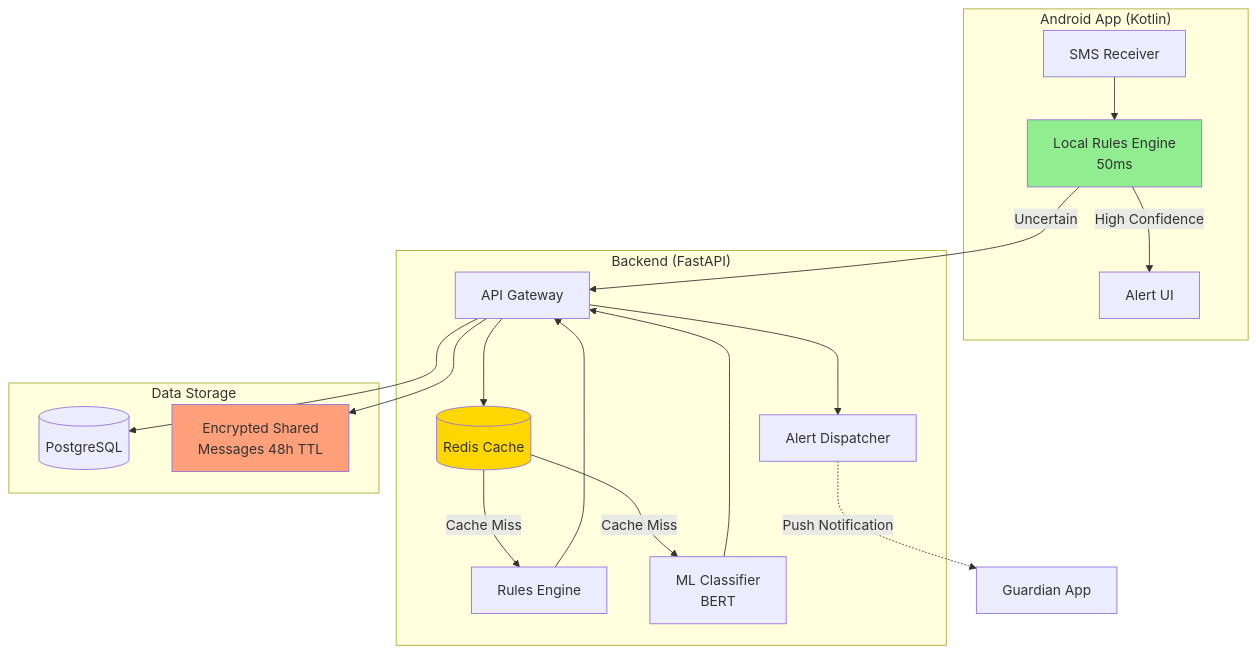
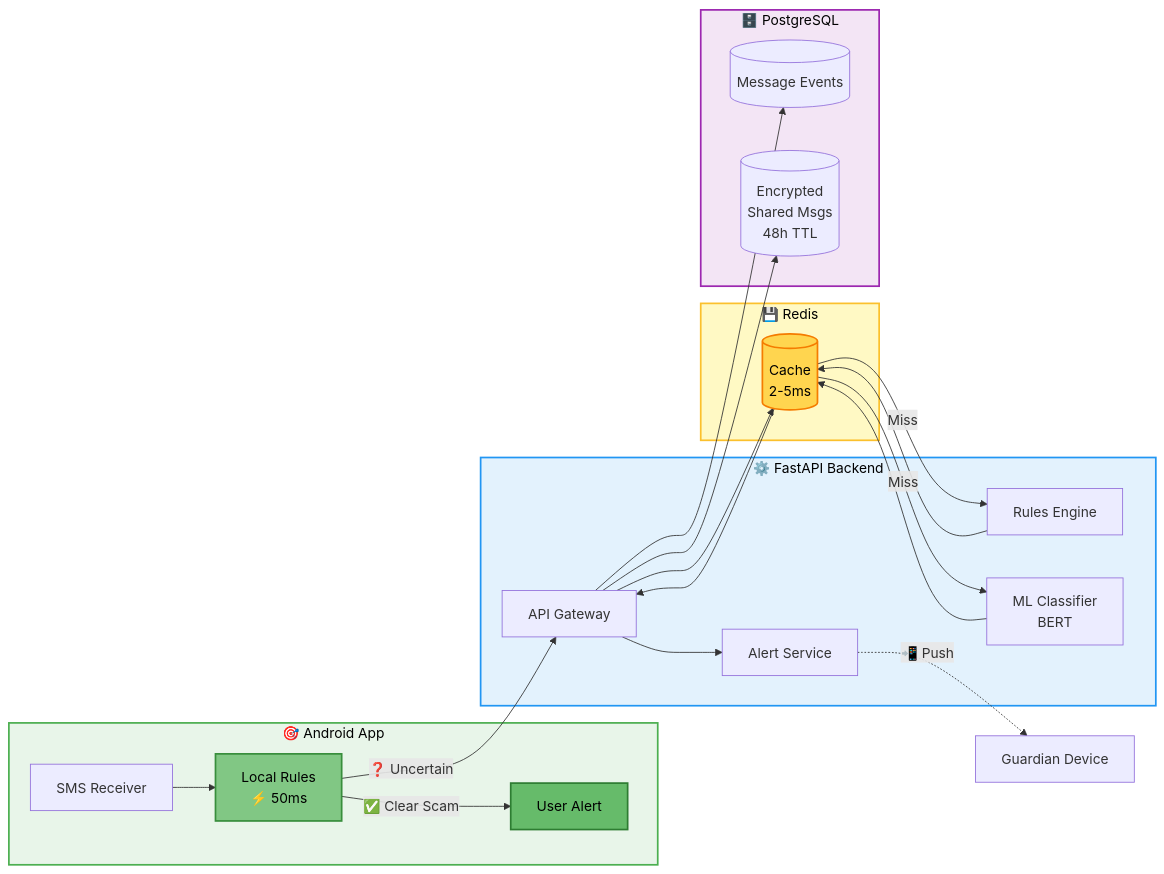
One commit to GA-Safety/Guardian-Agent changed the diagram in README2.md. Above: the diagram before and after it, drawn with Mermaid.

Commit message:
Update architecture diagram in README2.md

````diff
--- a/README2.md
+++ b/README2.md
@@ -56,38 +56,49 @@
 ```mermaid
-graph TB
-    subgraph Android["Android App (Kotlin)"]
+graph LR
+    subgraph Frontend["🎯 Android App"]
         SMS[SMS Receiver]
-        LOCAL[Local Rules Engine<br/>50ms]
-        UI[Alert UI]
+        LOCAL[Local Rules<br/>⚡ 50ms]
+        UI[User Alert]
     end
     
-    subgraph Backend["Backend (FastAPI)"]
+    subgraph Backend["⚙️ FastAPI Backend"]
         API[API Gateway]
         RULES[Rules Engine]
         ML[ML Classifier<br/>BERT]
-        CACHE[(Redis Cache)]
-        ALERT[Alert Dispatcher]
+        ALERT[Alert Service]
     end
     
-    subgraph Storage["Data Storage"]
-        DB[(PostgreSQL)]
-        ENC[Encrypted Shared<br/>Messages 48h TTL]
+    subgraph Cache["💾 Redis"]
+        REDIS[(Cache<br/>2-5ms)]
+    end
+    
+    subgraph Database["🗄️ PostgreSQL"]
+        DB[(Message Events)]
+        ENC[(Encrypted<br/>Shared Msgs<br/>48h TTL)]
     end
     
     SMS --> LOCAL
-    LOCAL -->|High Confidence| UI
-    LOCAL -->|Uncertain| API
-    API --> CACHE
-    CACHE -->|Cache Miss| RULES
-    CACHE -->|Cache Miss| ML
-    RULES --> API
-    ML --> API
+    LOCAL -->|✅ Clear Scam| UI
+    LOCAL -->|❓ Uncertain| API
+    
+    API --> REDIS
+    REDIS -->|Miss| RULES
+    REDIS -->|Miss| ML
+    RULES --> REDIS
+    ML --> REDIS
+    REDIS --> API
+    
     API --> DB
     API --> ENC
     API --> ALERT
-    ALERT -.->|Push Notification| Guardian[Guardian App]
     
-    style LOCAL fill:#90EE90
-    style CACHE fill:#FFD700
-    style ENC fill:#FFA07A
+    ALERT -.->|📲 Push| Guardian[Guardian Device]
+    
+    style Frontend fill:#E8F5E9,stroke:#4CAF50,stroke-width:2px,color:#000
+    style Backend fill:#E3F2FD,stroke:#2196F3,stroke-width:2px,color:#000
+    style Cache fill:#FFF9C4,stroke:#FBC02D,stroke-width:2px,color:#000
+    style Database fill:#F3E5F5,stroke:#9C27B0,stroke-width:2px,color:#000
+    style LOCAL fill:#81C784,stroke:#388E3C,stroke-width:2px,color:#000
+    style REDIS fill:#FFD54F,stroke:#F57C00,stroke-width:2px,color:#000
+    style UI fill:#66BB6A,stroke:#2E7D32,stroke-width:2px,color:#000
 ```
````
